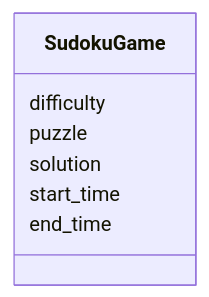
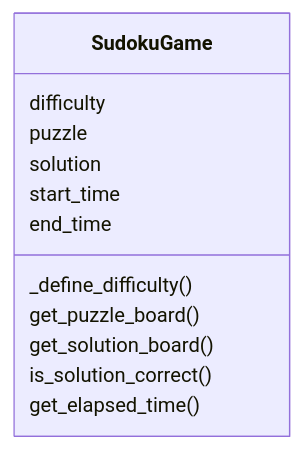
One commit to uyenmh/ot-harjoitustyo changed the diagram in dokumentaatio/arkkitehtuuri.md. Above: the diagram before and after it, drawn with Mermaid.

````diff
--- a/dokumentaatio/arkkitehtuuri.md
+++ b/dokumentaatio/arkkitehtuuri.md
@@ -5,10 +5,15 @@
 ```mermaid
  classDiagram
     class SudokuGame {
         difficulty
         puzzle
         solution
         start_time
         end_time
+        _define_difficulty()
+        get_puzzle_board()
+        get_solution_board()
+        is_solution_correct()
+        get_elapsed_time()
     }
 ```
````
